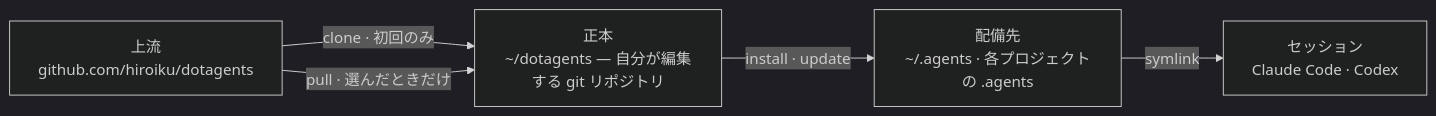
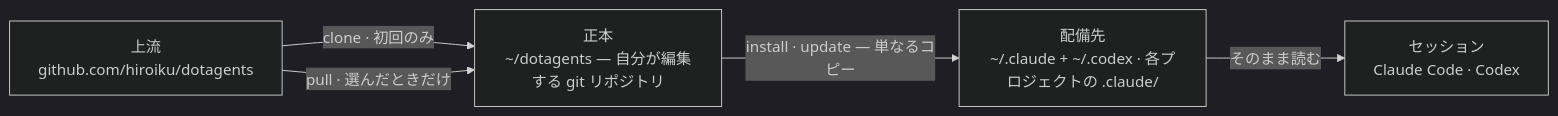
One commit to hiroiku/dotagents changed the diagram in docs/README.ja.md. Above: the diagram before and after it, drawn with Mermaid (dark theme). The commit also changed other lines of this file and 18 other files, not shown here.

Commit message:
配備を .agents と symlink を介さない方式へ作り替える(各ツール直下へ実コピー、規則は管理ブロック、記録は ~/.dotagents、旧レイアウトは自動移行)

````diff
--- a/docs/README.ja.md
+++ b/docs/README.ja.md
@@ -18,11 +18,11 @@
 ```mermaid
 flowchart LR
     UP["上流<br>github.com/hiroiku/dotagents"]
     C["正本<br>~/dotagents — 自分が編集する git リポジトリ"]
-    A["配備先<br>~/.agents · 各プロジェクトの .agents"]
+    A["配備先<br>~/.claude + ~/.codex · 各プロジェクトの .claude/"]
     S["セッション<br>Claude Code · Codex"]
     UP -->|"clone · 初回のみ"| C
     UP -->|"pull · 選んだときだけ"| C
-    C -->|"install · update"| A
-    A -->|"symlink"| S
+    C -->|"install · update — 単なるコピー"| A
+    A -->|"そのまま読む"| S
 ```
````
